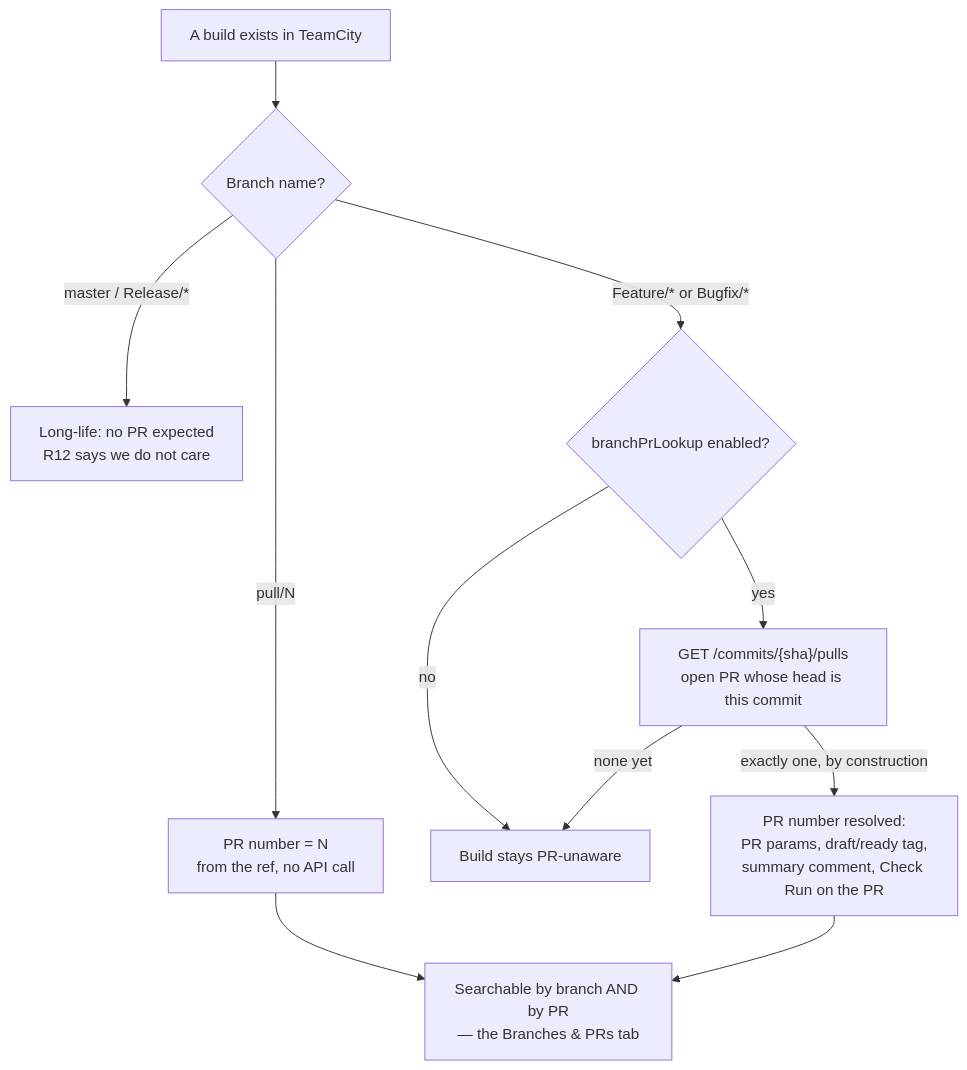
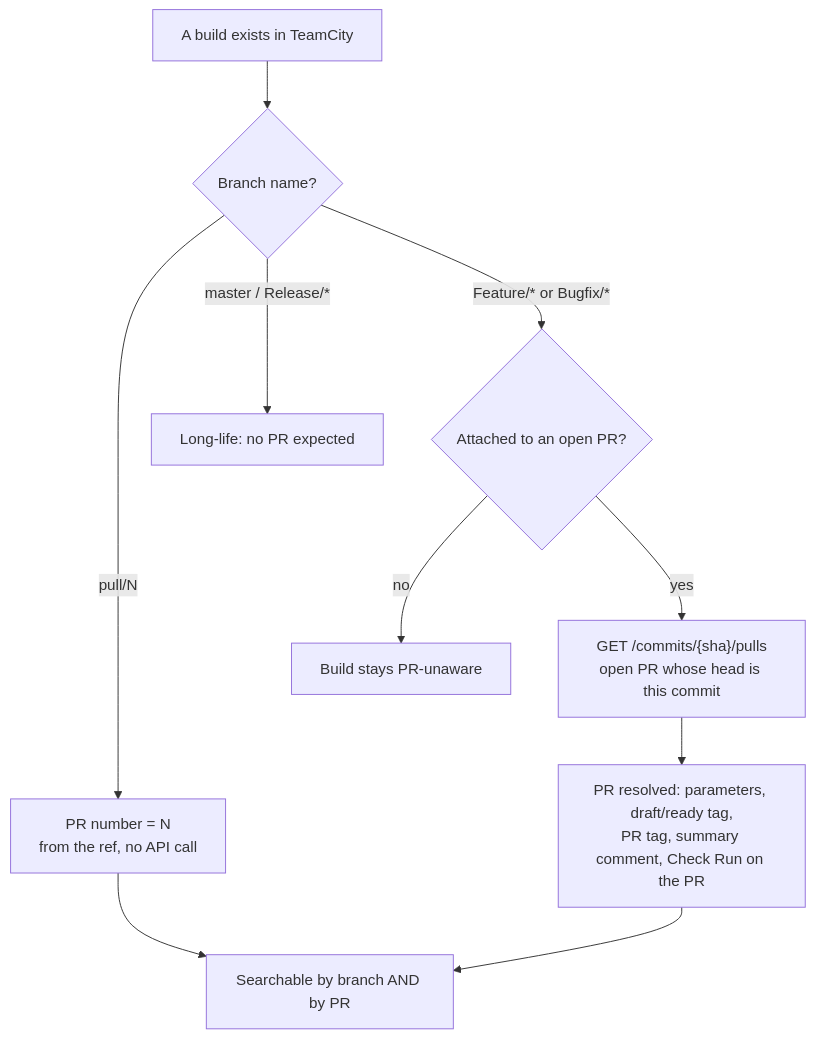
Before and after one commit to Silmaen/teamcity-github: the sixth of 7 diagrams in doc/branching-workflows.md, drawn with Mermaid. The commit also changed other lines of this file and 15 other files, not shown here.

````diff
--- a/doc/branching-workflows.md
+++ b/doc/branching-workflows.md
@@ -907,13 +865,12 @@
 ```mermaid
 flowchart TD
     A["A build exists in TeamCity"] --> B{"Branch name?"}
     B -->|"pull/N"| C["PR number = N<br/>from the ref, no API call"]
-    B -->|"master / Release/*"| D["Long-life: no PR expected<br/>R12 says we do not care"]
-    B -->|"Feature/* or Bugfix/*"| E{"branchPrLookup enabled?"}
+    B -->|"master / Release/*"| D["Long-life: no PR expected"]
+    B -->|"Feature/* or Bugfix/*"| E{"Attached to an open PR?"}
     E -->|no| F["Build stays PR-unaware"]
     E -->|yes| G["GET /commits/{sha}/pulls<br/>open PR whose head is this commit"]
-    G -->|"exactly one, by construction"| H["PR number resolved:<br/>PR params, draft/ready tag,<br/>summary comment, Check Run on the PR"]
-    G -->|"none yet"| F
-    C --> I["Searchable by branch AND by PR<br/>— the Branches & PRs tab"]
+    G --> H["PR resolved: parameters, draft/ready tag,<br/>PR tag, summary comment, Check Run on the PR"]
+    C --> I["Searchable by branch AND by PR"]
     H --> I
 ```
````
